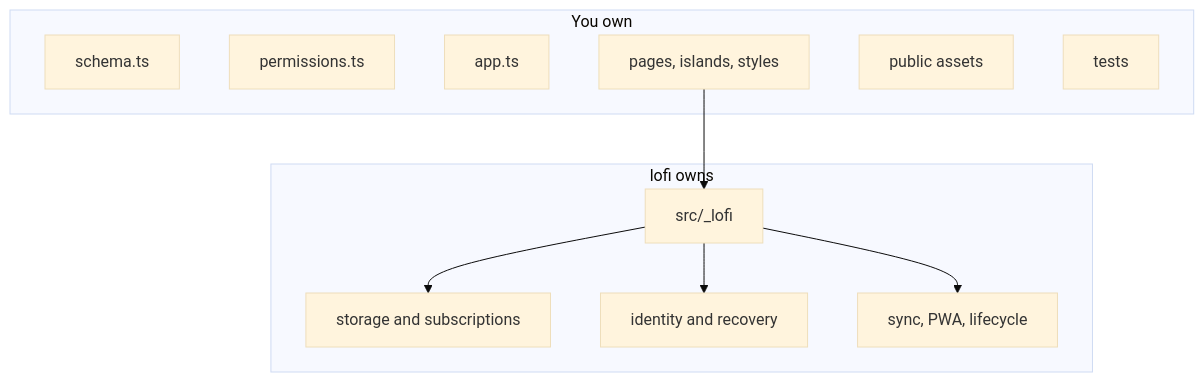
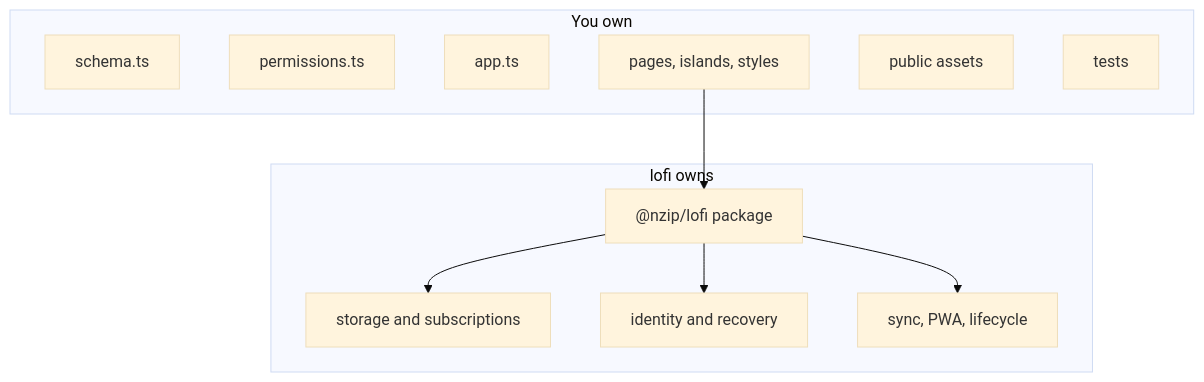
Before and after one commit to FelineStateMachine/lofi: the second of 2 diagrams in docs/README.md, drawn with Mermaid (base theme). The commit also changed other lines of this file and 97 other files, not shown here.

First line of the commit message:
feat: move runtime behind package boundary (#41)

````diff
--- a/docs/README.md
+++ b/docs/README.md
@@ -47,23 +47,23 @@
 ```mermaid
 flowchart TB
     subgraph Author["You own"]
         Schema["schema.ts"]
         Permissions["permissions.ts"]
         App["app.ts"]
         UI["pages, islands, styles"]
         Public["public assets"]
         Tests["tests"]
     end
 
     subgraph Framework["lofi owns"]
-        Runtime["src/_lofi"]
+        Runtime["@nzip/lofi package"]
         Storage["storage and subscriptions"]
         Identity["identity and recovery"]
         Lifecycle["sync, PWA, lifecycle"]
     end
 
     UI --> Runtime
     Runtime --> Storage
     Runtime --> Identity
     Runtime --> Lifecycle
 ```
````
